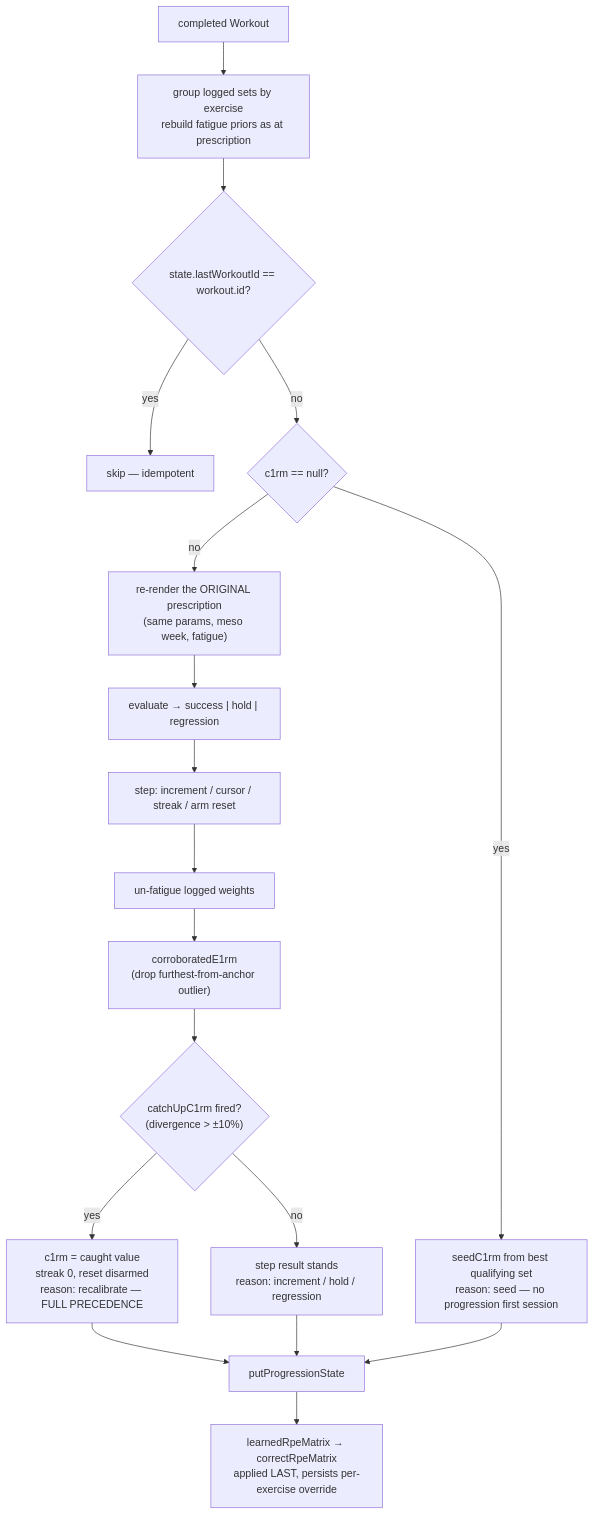
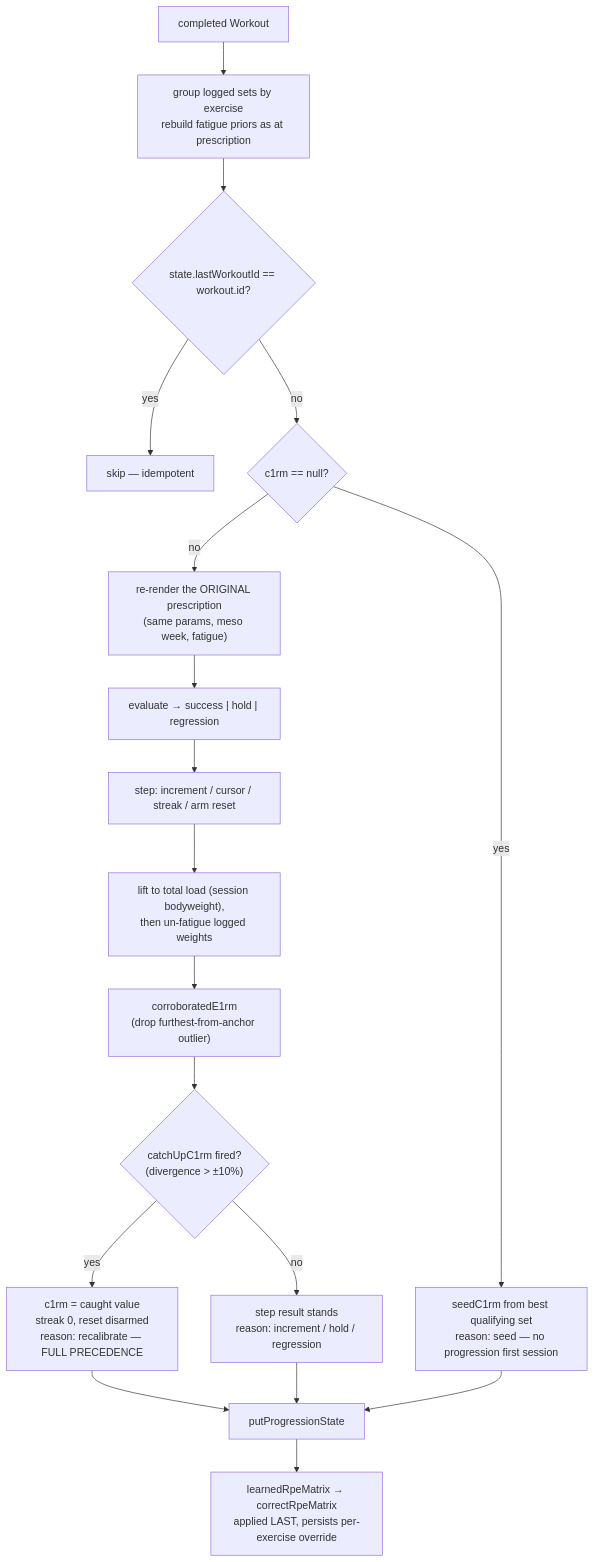
The first of 2 diagrams in docs/evaluation/applying-results.md (jthies73/yafa-pwa), drawn with Mermaid before and after one commit. The commit also changed other lines of this file and 62 other files, not shown here.

````diff
--- a/docs/evaluation/applying-results.md
+++ b/docs/evaluation/applying-results.md
@@ -27,20 +26,20 @@
 ```mermaid
 flowchart TD
     WK["completed Workout"] --> GROUP["group logged sets by exercise<br/>rebuild fatigue priors as at prescription"]
     GROUP --> GUARD{"state.lastWorkoutId == workout.id?"}
     GUARD -->|yes| SKIP["skip — idempotent"]
     GUARD -->|no| COLD{"c1rm == null?"}
     COLD -->|yes| SEED["seedC1rm from best qualifying set<br/>reason: seed — no progression first session"]
     COLD -->|no| RERENDER["re-render the ORIGINAL prescription<br/>(same params, meso week, fatigue)"]
     RERENDER --> EVAL["evaluate → success | hold | regression"]
     EVAL --> STEP["step: increment / cursor / streak / arm reset"]
-    STEP --> UNFAT["un-fatigue logged weights"]
+    STEP --> UNFAT["lift to total load (session bodyweight),<br/>then un-fatigue logged weights"]
     UNFAT --> CORR["corroboratedE1rm<br/>(drop furthest-from-anchor outlier)"]
     CORR --> CATCH{"catchUpC1rm fired?<br/>(divergence > ±10%)"}
     CATCH -->|yes| RECAL["c1rm = caught value<br/>streak 0, reset disarmed<br/>reason: recalibrate — FULL PRECEDENCE"]
     CATCH -->|no| KEEP["step result stands<br/>reason: increment / hold / regression"]
     RECAL --> PUT["putProgressionState"]
     KEEP --> PUT
     SEED --> PUT
     PUT --> LEARN["learnedRpeMatrix → correctRpeMatrix<br/>applied LAST, persists per-exercise override"]
 ```
````
